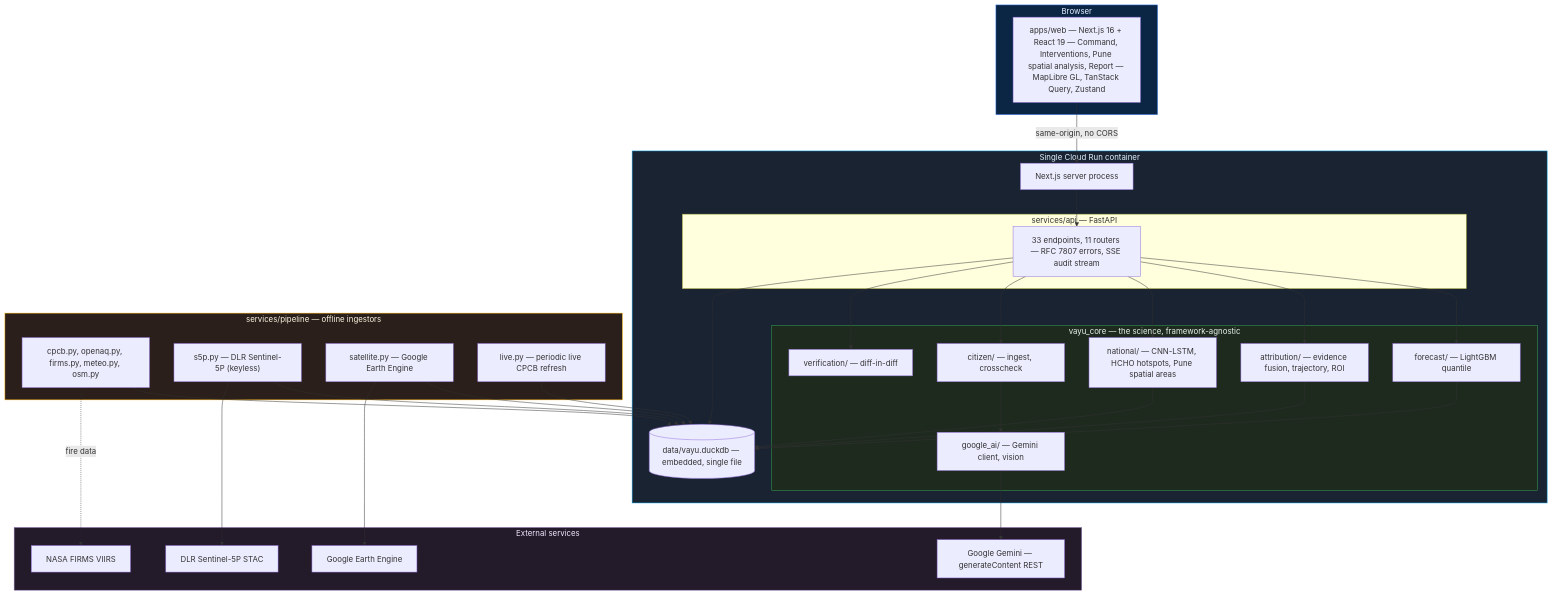
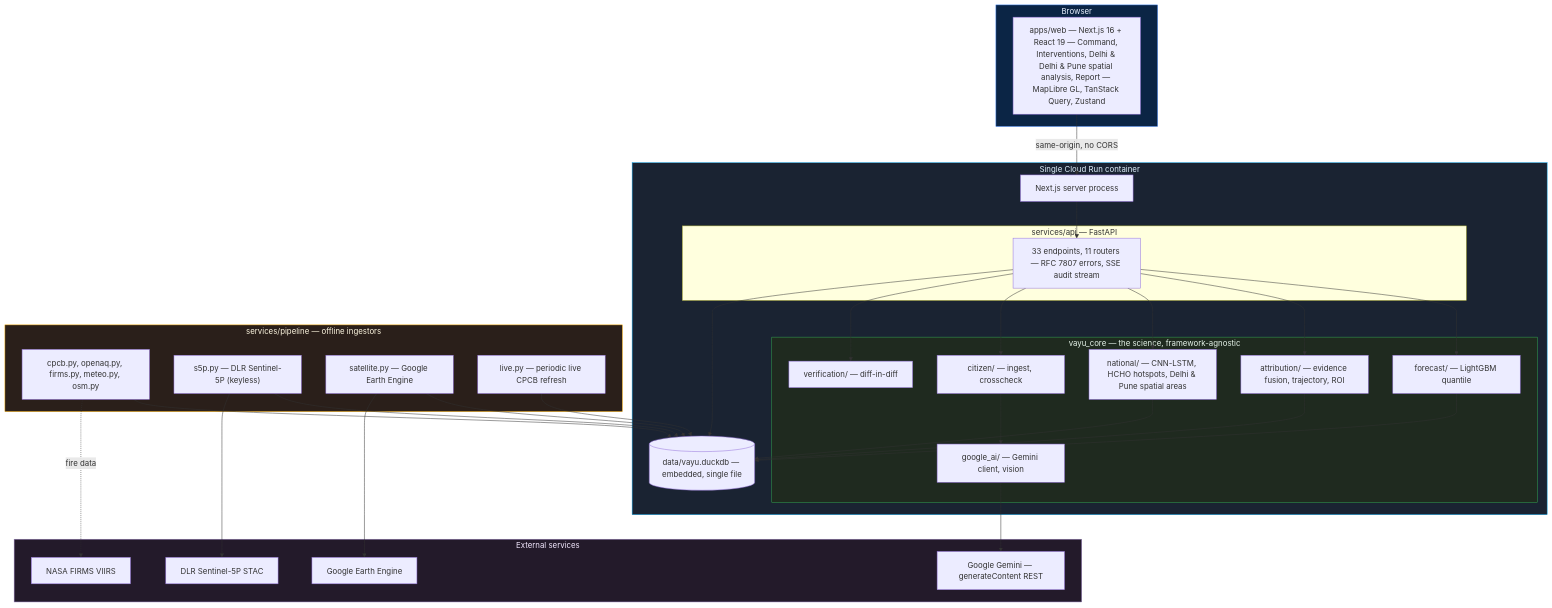
Before and after one commit to ashoka0402/final_year_project: the second of 5 diagrams in README.md, drawn with Mermaid. The commit also changed other lines of this file, not shown here.

Commit message:
Update README for Aeris Delhi and Pune scope

````diff
--- a/README.md
+++ b/README.md
@@ -197,52 +197,52 @@
 ```mermaid
 flowchart TB
     subgraph client["Browser"]
-        WEB["apps/web — Next.js 16 + React 19 — Command, Interventions, Pune spatial analysis, Report — MapLibre GL, TanStack Query, Zustand"]
+        WEB["apps/web — Next.js 16 + React 19 — Command, Interventions, Delhi & Delhi & Pune spatial analysis, Report — MapLibre GL, TanStack Query, Zustand"]
     end
 
     subgraph container["Single Cloud Run container"]
         NEXTPROC["Next.js server process"]
         subgraph api["services/api — FastAPI"]
             ROUTERS["33 endpoints, 11 routers — RFC 7807 errors, SSE audit stream"]
         end
         subgraph core["vayu_core — the science, framework-agnostic"]
             FC["forecast/ — LightGBM quantile"]
             ATTR["attribution/ — evidence fusion, trajectory, ROI"]
-            NAT["national/ — CNN-LSTM, HCHO hotspots, Pune spatial areas"]
+            NAT["national/ — CNN-LSTM, HCHO hotspots, Delhi & Pune spatial areas"]
             CIT["citizen/ — ingest, crosscheck"]
             GAI["google_ai/ — Gemini client, vision"]
             VER["verification/ — diff-in-diff"]
         end
         DB[("data/vayu.duckdb — embedded, single file")]
     end
 
     subgraph pipe["services/pipeline — offline ingestors"]
         CPCB["cpcb.py, openaq.py, firms.py, meteo.py, osm.py"]
         S5P["s5p.py — DLR Sentinel-5P (keyless)"]
         SAT["satellite.py — Google Earth Engine"]
         LIVE["live.py — periodic live CPCB refresh"]
     end
 
     subgraph ext["External services"]
         GEMINI["Google Gemini — generateContent REST"]
         GEEEXT["Google Earth Engine"]
         DLR["DLR Sentinel-5P STAC"]
         FIRMSX["NASA FIRMS VIIRS"]
     end
 
     WEB -->|"same-origin, no CORS"| NEXTPROC --> ROUTERS
     ROUTERS --> FC & ATTR & NAT & CIT & VER
     CIT --> GAI --> GEMINI
     FC & ATTR & NAT --> DB
     ROUTERS --> DB
     CPCB & S5P & SAT & LIVE --> DB
     SAT --> GEEEXT
     S5P --> DLR
     CPCB -.fire data.-> FIRMSX
 
     style client fill:#0b2545,stroke:#4285F4,color:#e8f0fe
     style container fill:#1a2332,stroke:#0ea5e9,color:#e0f2fe
     style core fill:#1f2a1f,stroke:#34A853,color:#e6f4ea
     style pipe fill:#2a1f1a,stroke:#F9AB00,color:#fef7e0
     style ext fill:#231a2a,stroke:#8E75B2,color:#f3e8ff
 ```
````
